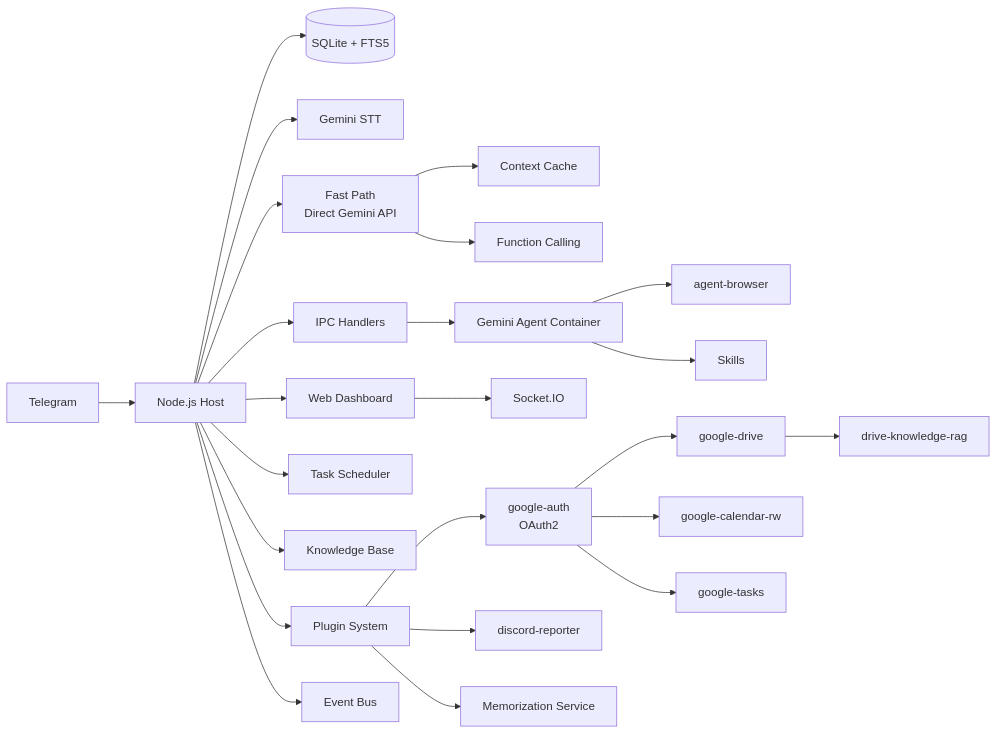
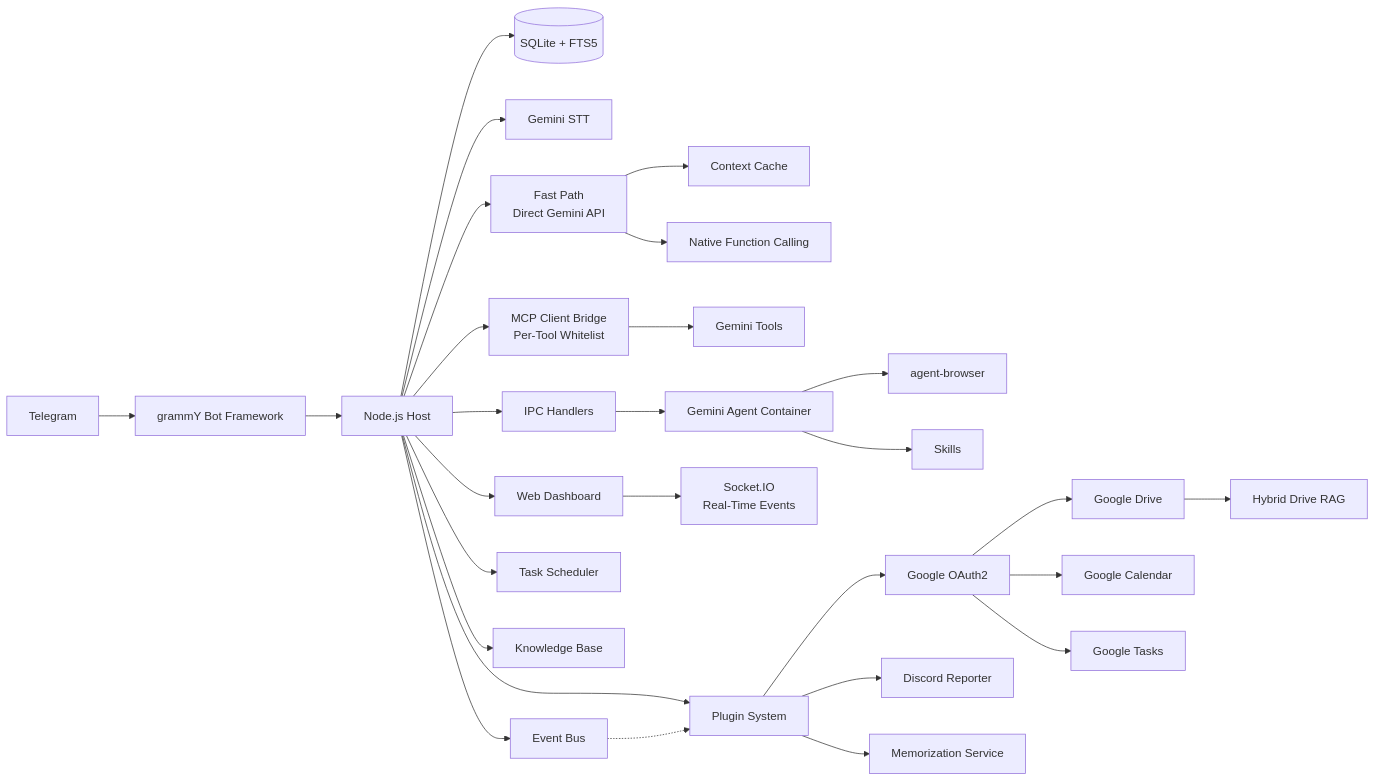
One commit to Rlin1027/NanoGemClaw changed the diagram in README.ko.md. Above: the diagram before and after it, drawn with Mermaid. The commit also changed other lines of this file and 8 other files, not shown here.

````diff
--- a/README.ko.md
+++ b/README.ko.md
@@ -397,26 +408,30 @@
 ```mermaid
 graph LR
-    TG[Telegram] --> Bot[Node.js Host]
+    TG[Telegram] --> GramMY[grammY Bot Framework]
+    GramMY --> Bot[Node.js Host]
     Bot --> DB[(SQLite + FTS5)]
     Bot --> STT[Gemini STT]
     Bot --> FP[Fast Path<br/>Direct Gemini API]
     FP --> Cache[Context Cache]
-    FP --> FC[Function Calling]
+    FP --> FC[Native Function Calling]
+    Bot --> MCP[MCP Client Bridge<br/>Per-Tool Whitelist]
+    MCP --> Tools[Gemini Tools]
     Bot --> IPC[IPC Handlers]
     IPC --> Container[Gemini Agent Container]
     Container --> Browser[agent-browser]
     Container --> Skills[Skills]
     Bot --> Dashboard[Web Dashboard]
-    Dashboard --> WS[Socket.IO]
+    Dashboard --> WS[Socket.IO<br/>Real-Time Events]
     Bot --> Scheduler[Task Scheduler]
     Bot --> Knowledge[Knowledge Base]
     Bot --> Plugins[Plugin System]
-    Plugins --> GAuth[google-auth<br/>OAuth2]
-    GAuth --> GDrive[google-drive]
-    GAuth --> GCal[google-calendar-rw]
-    GAuth --> GTasks[google-tasks]
-    GDrive --> RAG[drive-knowledge-rag]
-    Plugins --> Discord[discord-reporter]
+    Plugins --> GAuth[Google OAuth2]
+    GAuth --> GDrive[Google Drive]
+    GAuth --> GCal[Google Calendar]
+    GAuth --> GTasks[Google Tasks]
+    GDrive --> RAG[Hybrid Drive RAG]
+    Plugins --> Discord[Discord Reporter]
     Plugins --> Memo[Memorization Service]
     Bot --> EB[Event Bus]
+    EB -.-> Plugins
 ```
````
